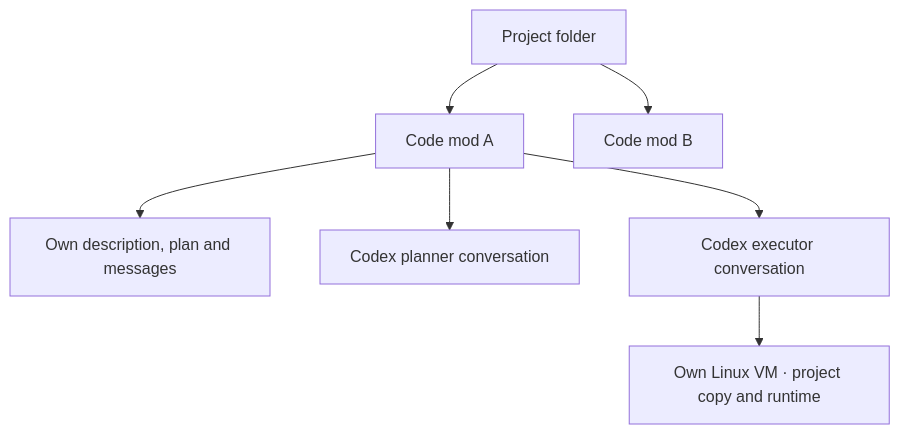
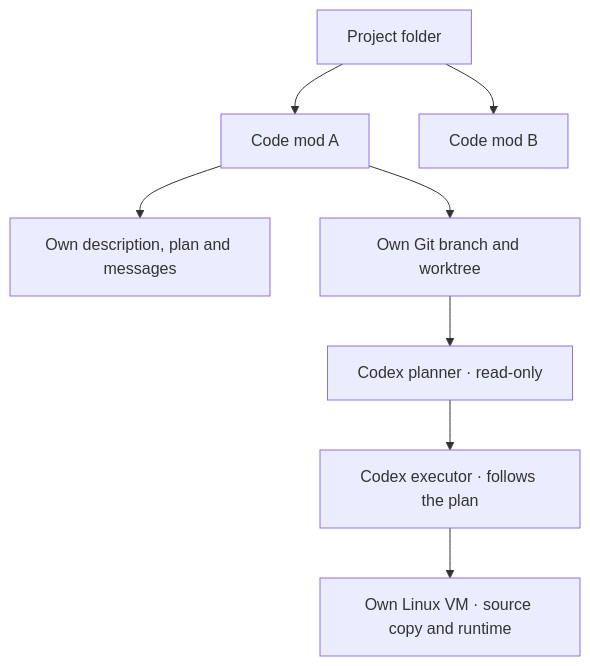
Before and after one commit to minimumeffort-dev/sprowt.harness: the first of 2 diagrams in docs/code-mods.md, drawn with Mermaid. The commit also changed other lines of this file and 14 other files, not shown here.

````diff
--- a/docs/code-mods.md
+++ b/docs/code-mods.md
@@ -5,9 +5,10 @@
 ```mermaid
 flowchart TB
     project["Project folder"] --> first["Code mod A"]
     project --> second["Code mod B"]
     first --> context["Own description, plan and messages"]
-    first --> planner["Codex planner conversation"]
-    first --> executor["Codex executor conversation"]
-    executor --> vm["Own Linux VM · project copy and runtime"]
+    first --> worktree["Own Git branch and worktree"]
+    worktree --> planner["Codex planner · read-only"]
+    planner --> executor["Codex executor · follows the plan"]
+    executor --> vm["Own Linux VM · source copy and runtime"]
 ```
````
